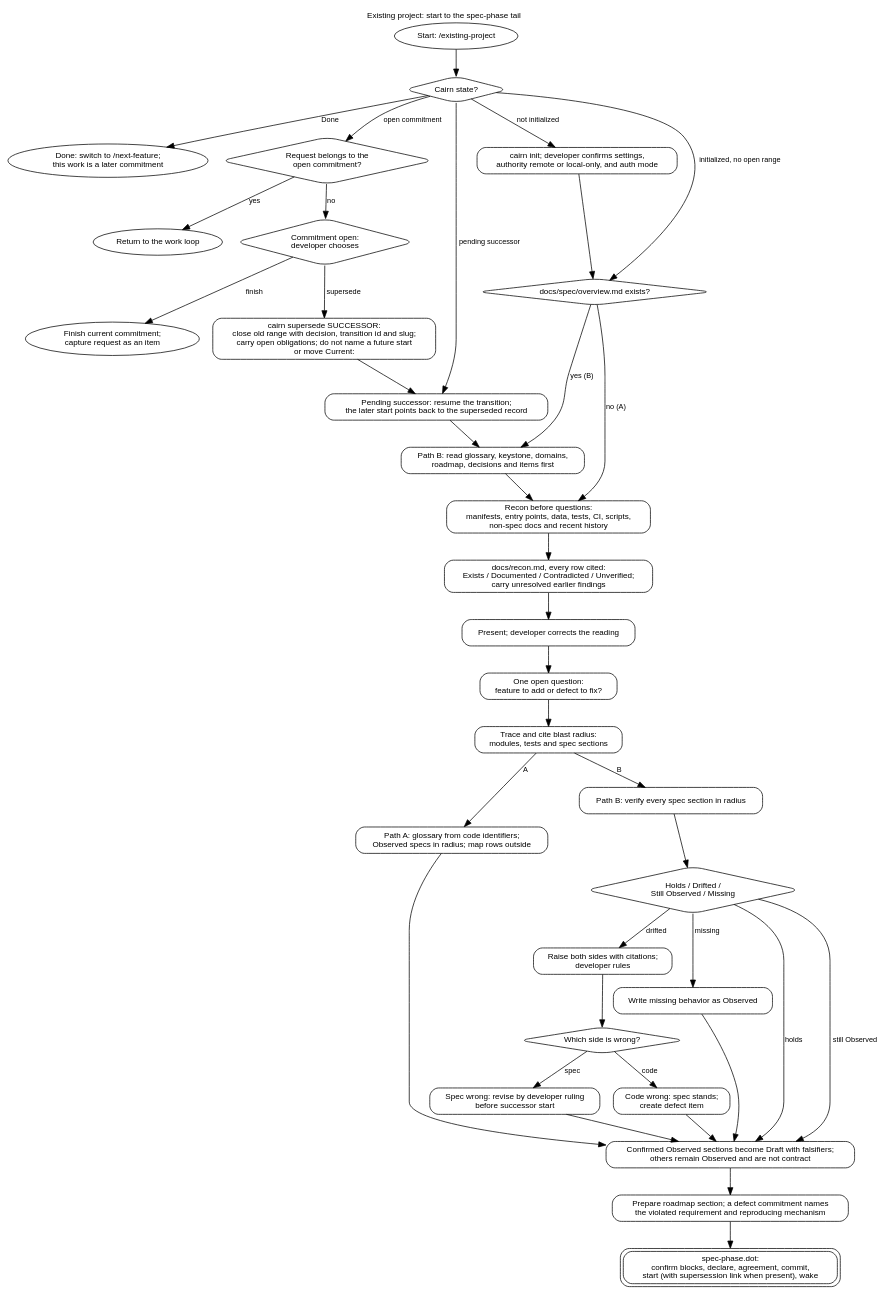
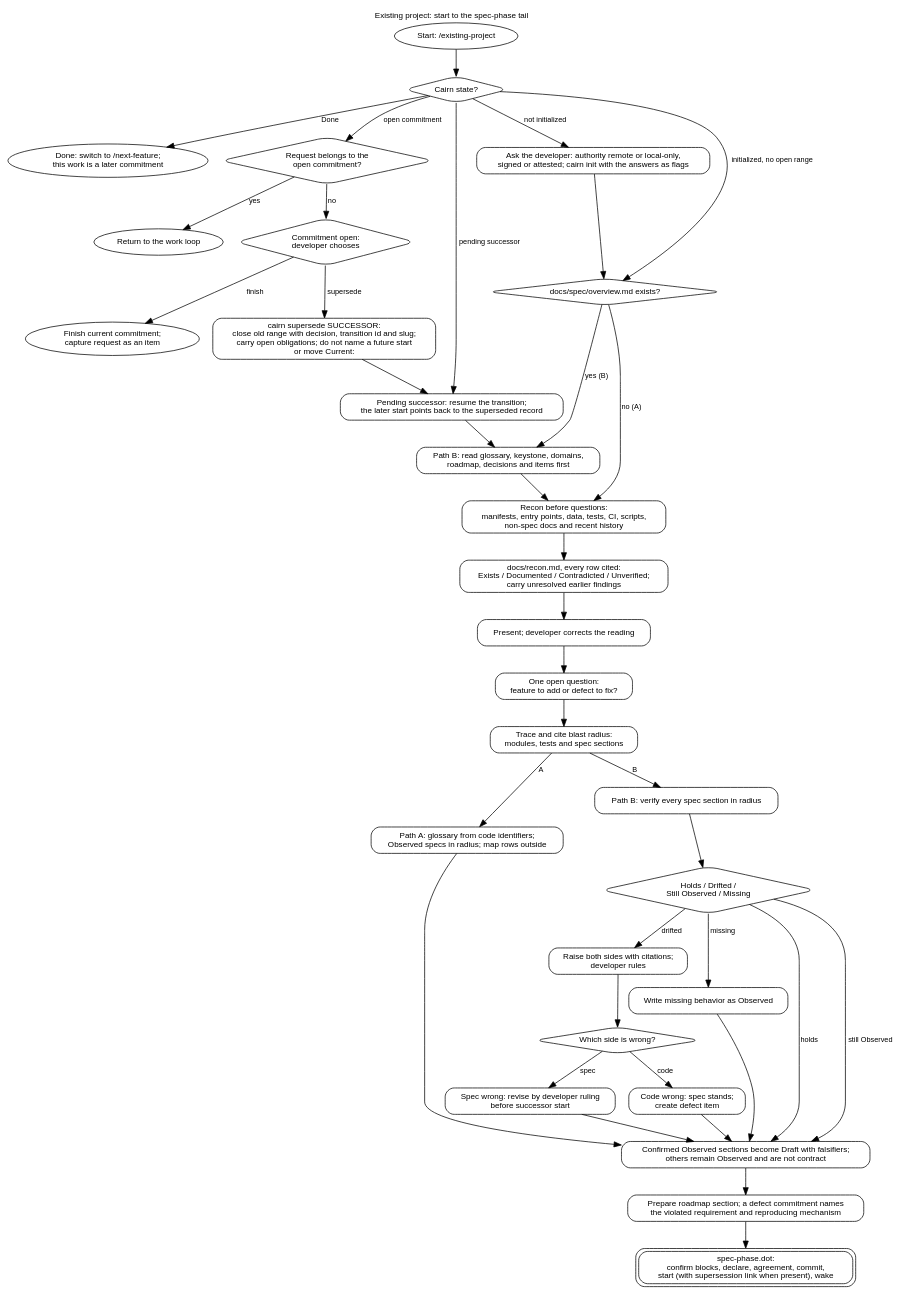
The diagram in docs/diagrams/existing-project.dot (eas4ai/cairn), drawn with Graphviz before and after one commit. The commit also changed 14 other files, not shown here.

Commit message:
Docs, template, skills and diagrams: the agent asks in conversation and records the developer's words; changelog 2.1.0

```diff
--- a/docs/diagrams/existing-project.dot
+++ b/docs/diagrams/existing-project.dot
@@ -1,67 +1,67 @@
 // Existing project: initialize or resume, reconcile the spec, then enter the shared tail.
 digraph existing_project {
   rankdir=TB;
   graph [fontname="Helvetica", fontsize=11, labelloc=t, label="Existing project: start to the spec-phase tail"];
   node  [shape=box, style=rounded, fontname="Helvetica", fontsize=11];
   edge  [fontname="Helvetica", fontsize=10];
 
   start [shape=oval, label="Start: /existing-project"];
   state [shape=diamond, label="Cairn state?"];
   tonext [shape=oval, label="Done: switch to /next-feature;\nthis work is a later commitment"];
   fits [shape=diamond, label="Request belongs to the\nopen commitment?"];
   continue [shape=oval, label="Return to the work loop"];
   midway [shape=diamond, label="Commitment open:\ndeveloper chooses"];
   finish [shape=oval, label="Finish current commitment;\ncapture request as an item"];
   supersede [label="cairn supersede SUCCESSOR:\nclose old range with decision, transition id and slug;\ncarry open obligations; do not name a future start\nor move Current:"];
   pending [label="Pending successor: resume the transition;\nthe later start points back to the superseded record"];
-  init [label="cairn init; developer confirms settings,\nauthority remote or local-only, and auth mode"];
+  init [label="Ask the developer: authority remote or local-only,\nsigned or attested; cairn init with the answers as flags"];
   hasspec [shape=diamond, label="docs/spec/overview.md exists?"];
   readspec [label="Path B: read glossary, keystone, domains,\nroadmap, decisions and items first"];
   recon [label="Recon before questions:\nmanifests, entry points, data, tests, CI, scripts,\nnon-spec docs and recent history"];
   report [label="docs/recon.md, every row cited:\nExists / Documented / Contradicted / Unverified;\ncarry unresolved earlier findings"];
   corrects [label="Present; developer corrects the reading"];
   ask [label="One open question:\nfeature to add or defect to fix?"];
   radius [label="Trace and cite blast radius:\nmodules, tests and spec sections"];
   pathA [label="Path A: glossary from code identifiers;\nObserved specs in radius; map rows outside"];
   pathB [label="Path B: verify every spec section in radius"];
   verdict [shape=diamond, label="Holds / Drifted /\nStill Observed / Missing"];
   drift [label="Raise both sides with citations;\ndeveloper rules"];
   rule [shape=diamond, label="Which side is wrong?"];
   specwrong [label="Spec wrong: revise by developer ruling\nbefore successor start"];
   codewrong [label="Code wrong: spec stands;\ncreate defect item"];
   missing [label="Write missing behavior as Observed"];
   confirm [label="Confirmed Observed sections become Draft with falsifiers;\nothers remain Observed and are not contract"];
   roadmap [label="Prepare roadmap section; a defect commitment names\nthe violated requirement and reproducing mechanism"];
   tail [shape=box, peripheries=2, label="spec-phase.dot:\nconfirm blocks, declare, agreement, commit,\nstart (with supersession link when present), wake"];
 
   start -> state;
   state -> tonext [label="Done"];
   state -> fits [label="open commitment"];
   state -> pending [label="pending successor"];
   state -> init [label="not initialized"];
   state -> hasspec [label="initialized, no open range"];
   fits -> continue [label="yes"];
   fits -> midway [label="no"];
   midway -> finish [label="finish"];
   midway -> supersede [label="supersede"];
   supersede -> pending;
   pending -> readspec;
   init -> hasspec;
   hasspec -> readspec [label="yes (B)"];
   hasspec -> recon [label="no (A)"];
   readspec -> recon;
   recon -> report -> corrects -> ask -> radius;
   radius -> pathA [label="A"];
   radius -> pathB [label="B"];
   pathB -> verdict;
   verdict -> confirm [label="holds"];
   verdict -> drift [label="drifted"];
   verdict -> confirm [label="still Observed"];
   verdict -> missing [label="missing"];
   drift -> rule;
   rule -> specwrong [label="spec"];
   rule -> codewrong [label="code"];
   specwrong -> confirm; codewrong -> confirm; missing -> confirm;
   pathA -> confirm;
   confirm -> roadmap -> tail;
 }
```
